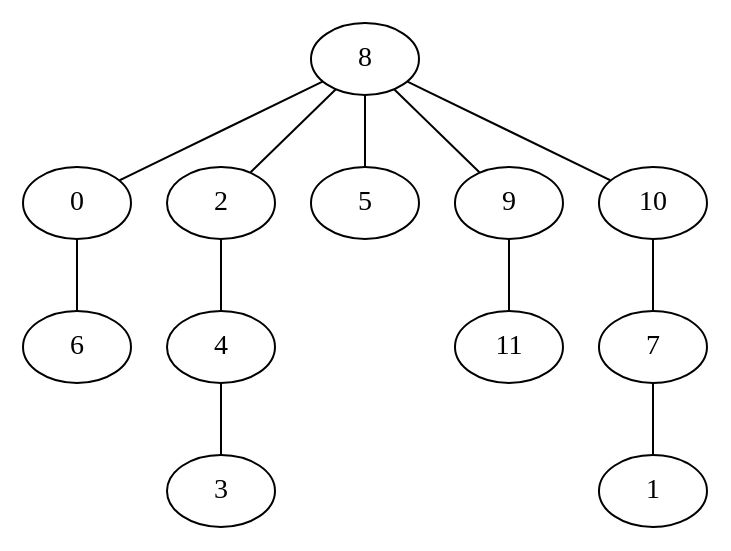
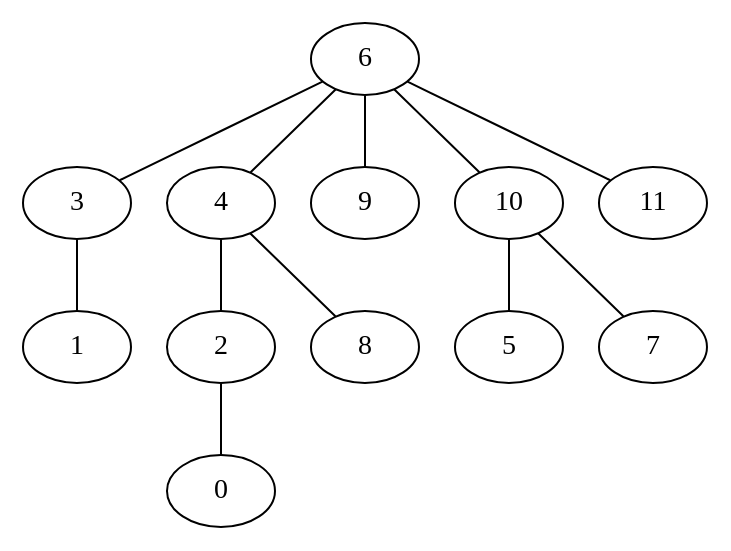
Before and after one commit to VillegasGG/greedy-firefighter-problem: the diagram in experiments/pygrapghviz.dot, drawn with Graphviz. The commit also changed 1 other file, not shown here.

```diff
--- a/experiments/pygrapghviz.dot
+++ b/experiments/pygrapghviz.dot
@@ -1,13 +1,13 @@
 strict graph "" {
-	8 -- 0;
-	8 -- 2;
-	8 -- 5;
-	8 -- 9;
-	8 -- 10;
-	0 -- 6;
-	2 -- 4;
-	9 -- 11;
+	6 -- 3;
+	6 -- 4;
+	6 -- 9;
+	6 -- 10;
+	6 -- 11;
+	3 -- 1;
+	4 -- 2;
+	4 -- 8;
+	10 -- 5;
 	10 -- 7;
-	7 -- 1;
-	4 -- 3;
+	2 -- 0;
 }
```
